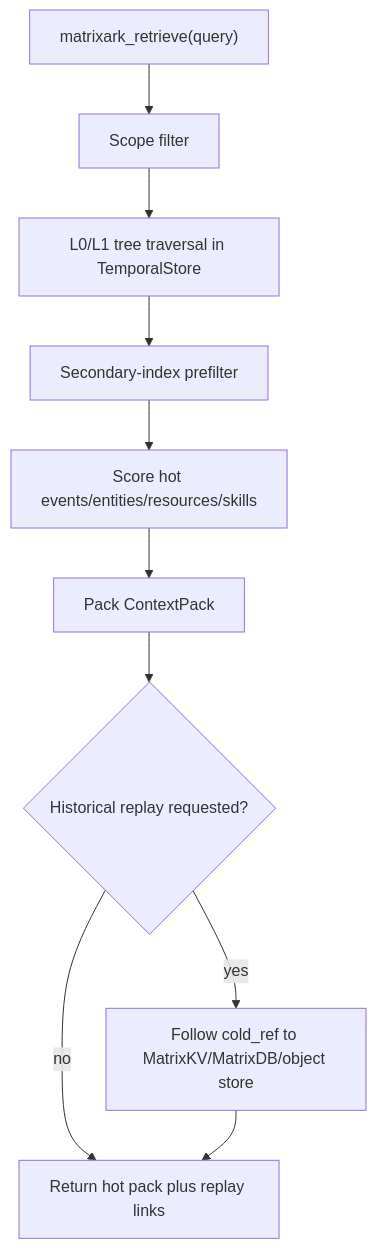
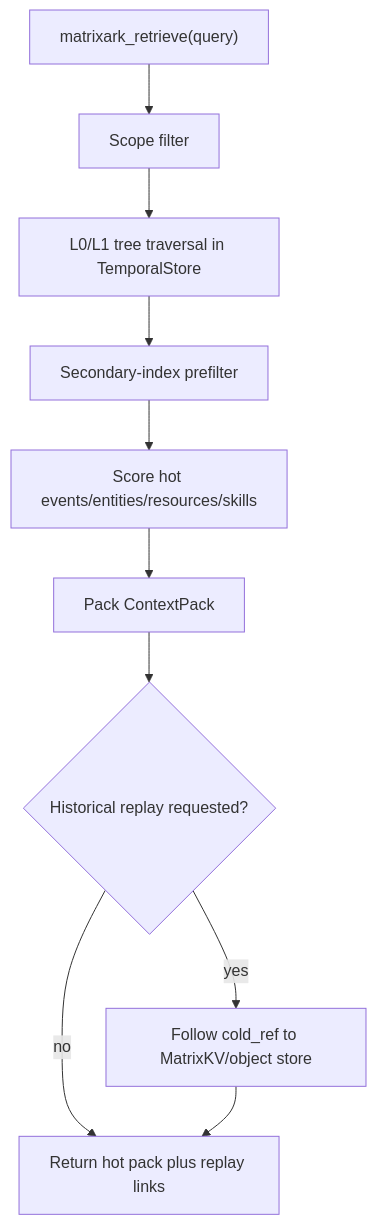
The sixth of 6 diagrams in docs/matrixark_temporalstore_cold_archive_matrixdb_matrixkv.md (matrixarkai/TemporalStore), drawn with Mermaid before and after one commit. The commit also changed other lines of this file and 2 other files, not shown here.

Commit message:
Clarify MatrixKV cold archive role

````diff
--- a/docs/matrixark_temporalstore_cold_archive_matrixdb_matrixkv.md
+++ b/docs/matrixark_temporalstore_cold_archive_matrixdb_matrixkv.md
@@ -604,16 +613,16 @@
 ```mermaid
 flowchart TD
   A["matrixark_retrieve(query)"]
   B["Scope filter"]
   C["L0/L1 tree traversal in TemporalStore"]
   D["Secondary-index prefilter"]
   E["Score hot events/entities/resources/skills"]
   F["Pack ContextPack"]
   G{"Historical replay requested?"}
-  H["Follow cold_ref to MatrixKV/MatrixDB/object store"]
+  H["Follow cold_ref to MatrixKV/object store"]
   I["Return hot pack plus replay links"]
 
   A --> B --> C --> D --> E --> F --> G
   G -- "no" --> I
   G -- "yes" --> H --> I
 ```
````
